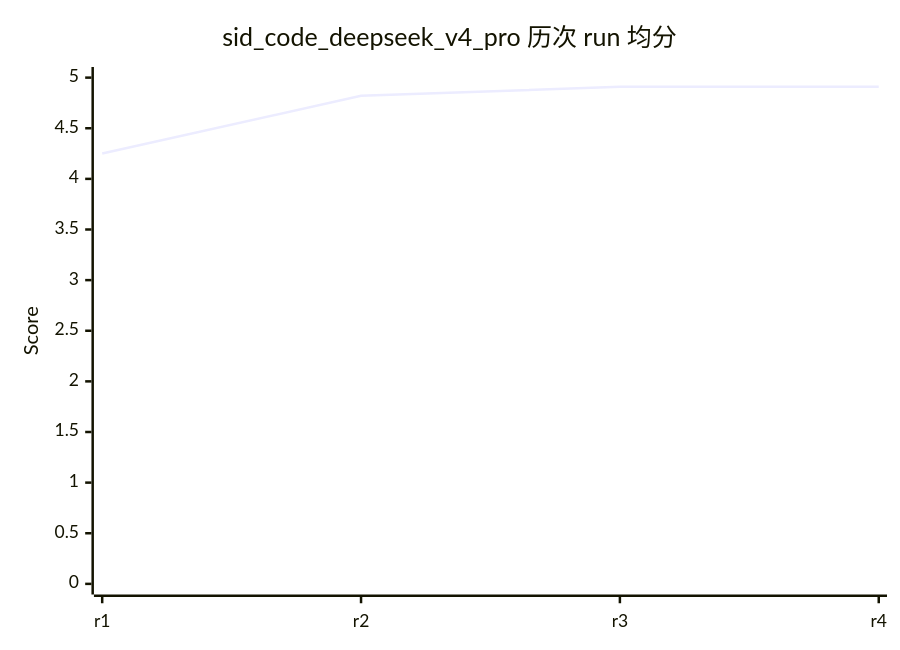
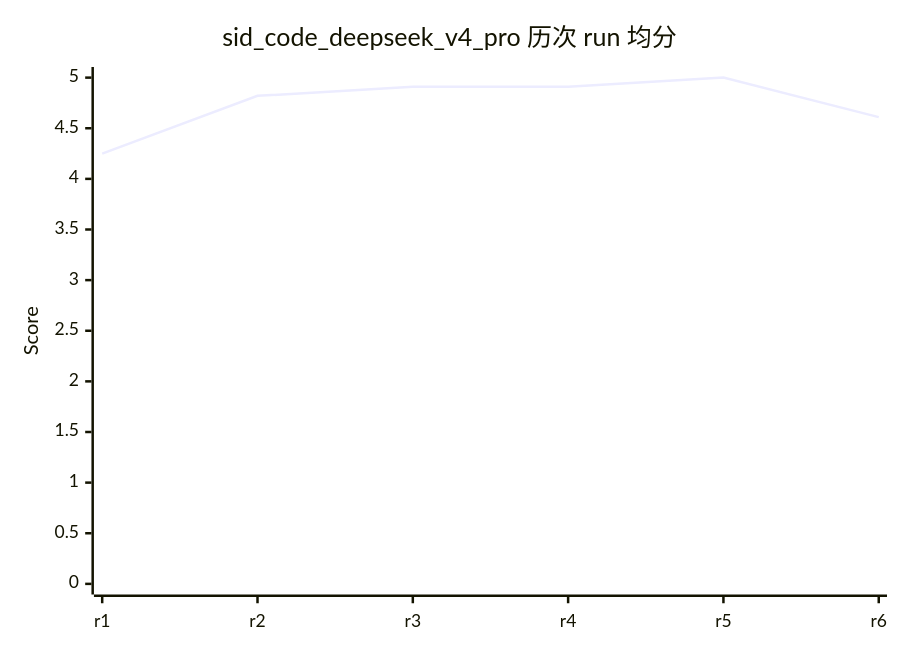
The seventh of 34 diagrams in evals/DASHBOARD.md (rushengzhou/sid-code), drawn with Mermaid before and after one commit. The commit also changed other lines of this file and 63 other files, not shown here.

````diff
--- a/evals/DASHBOARD.md
+++ b/evals/DASHBOARD.md
@@ -207,7 +210,7 @@
 ```mermaid
 xychart-beta
     title "sid_code_deepseek_v4_pro 历次 run 均分"
-    x-axis [r1, r2, r3, r4]
+    x-axis [r1, r2, r3, r4, r5, r6]
     y-axis "Score" 0 --> 5
-    line [4.25, 4.82, 4.91, 4.91]
+    line [4.25, 4.82, 4.91, 4.91, 5.00, 4.61]
 ```
````
